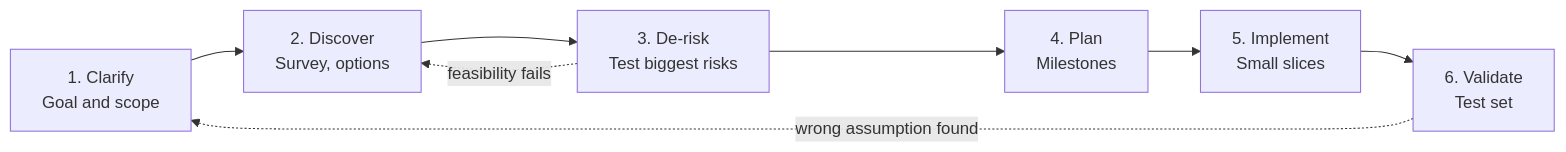
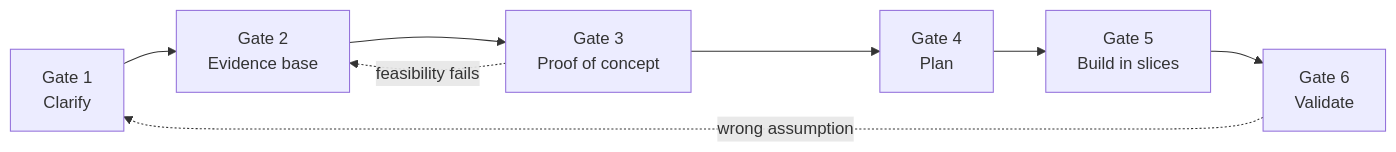
Before and after one commit to anhembedded/Sagittarius_RAG: the diagram in Docs/Project-Management/Initiation-phase/Approach.md, drawn with Mermaid. The commit also changed other lines of this file and 2 other files, not shown here.

````diff
--- a/Docs/Project-Management/Initiation-phase/Approach.md
+++ b/Docs/Project-Management/Initiation-phase/Approach.md
@@ -49,10 +130,10 @@
 ```mermaid
 flowchart LR
-    A["1. Clarify<br/>Goal and scope"] --> B["2. Discover<br/>Survey, options"]
-    B --> C["3. De-risk<br/>Test biggest risks"]
-    C --> D["4. Plan<br/>Milestones"]
-    D --> E["5. Implement<br/>Small slices"]
-    E --> F["6. Validate<br/>Test set"]
-    F -. "wrong assumption found" .-> A
-    C -. "feasibility fails" .-> B
+    G1["Gate 1<br/>Clarify"] --> G2["Gate 2<br/>Evidence base"]
+    G2 --> G3["Gate 3<br/>Proof of concept"]
+    G3 --> G4["Gate 4<br/>Plan"]
+    G4 --> G5["Gate 5<br/>Build in slices"]
+    G5 --> G6["Gate 6<br/>Validate"]
+    G3 -. "feasibility fails" .-> G2
+    G6 -. "wrong assumption" .-> G1
 ```
````
